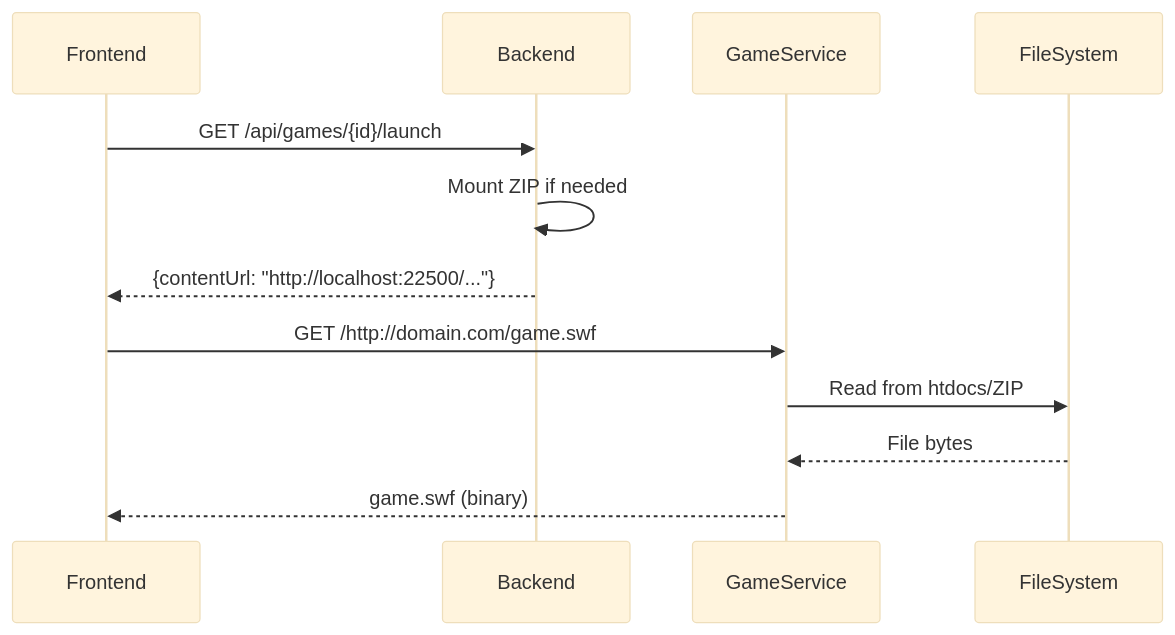
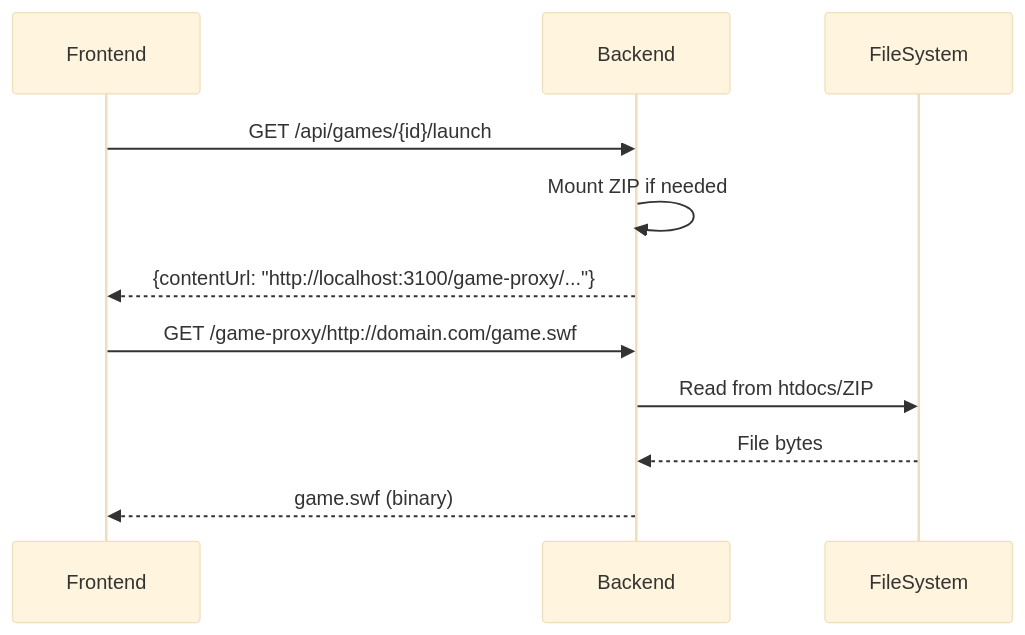
Before and after one commit to darkraise/flashpoint-web: the second of 2 diagrams in docs/02-architecture/service-communication.md, drawn with Mermaid (base theme). The commit also changed other lines of this file and 252 other files, not shown here.

````diff
--- a/docs/02-architecture/service-communication.md
+++ b/docs/02-architecture/service-communication.md
@@ -157,16 +157,15 @@
 ```mermaid
 sequenceDiagram
     participant Frontend
     participant Backend
-    participant GameService
     participant FileSystem
 
     Frontend->>Backend: GET /api/games/{id}/launch
     Backend->>Backend: Mount ZIP if needed
-    Backend-->>Frontend: {contentUrl: "http://localhost:22500/..."}
+    Backend-->>Frontend: {contentUrl: "http://localhost:3100/game-proxy/..."}
 
-    Frontend->>GameService: GET /http://domain.com/game.swf
-    GameService->>FileSystem: Read from htdocs/ZIP
-    FileSystem-->>GameService: File bytes
-    GameService-->>Frontend: game.swf (binary)
+    Frontend->>Backend: GET /game-proxy/http://domain.com/game.swf
+    Backend->>FileSystem: Read from htdocs/ZIP
+    FileSystem-->>Backend: File bytes
+    Backend-->>Frontend: game.swf (binary)
 ```
````
